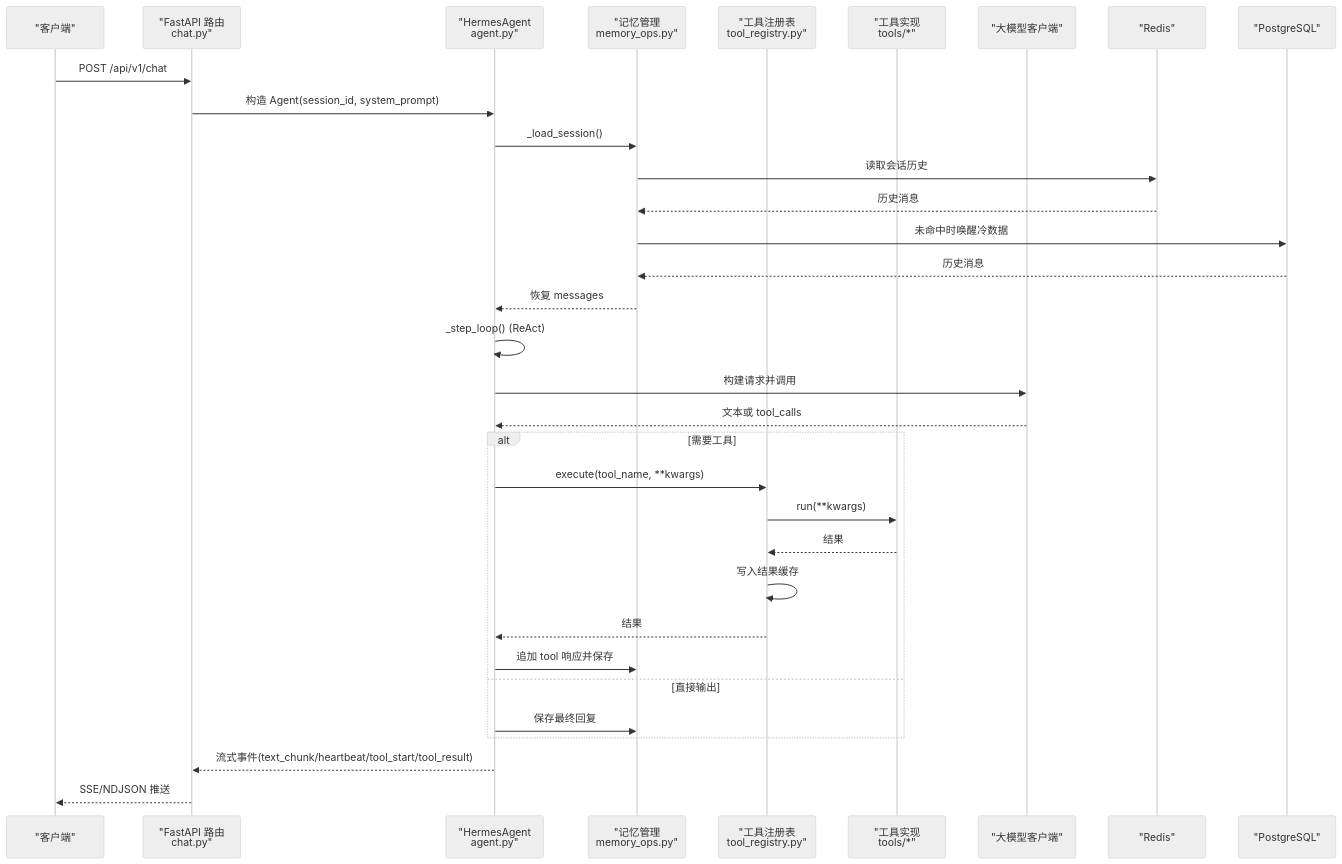
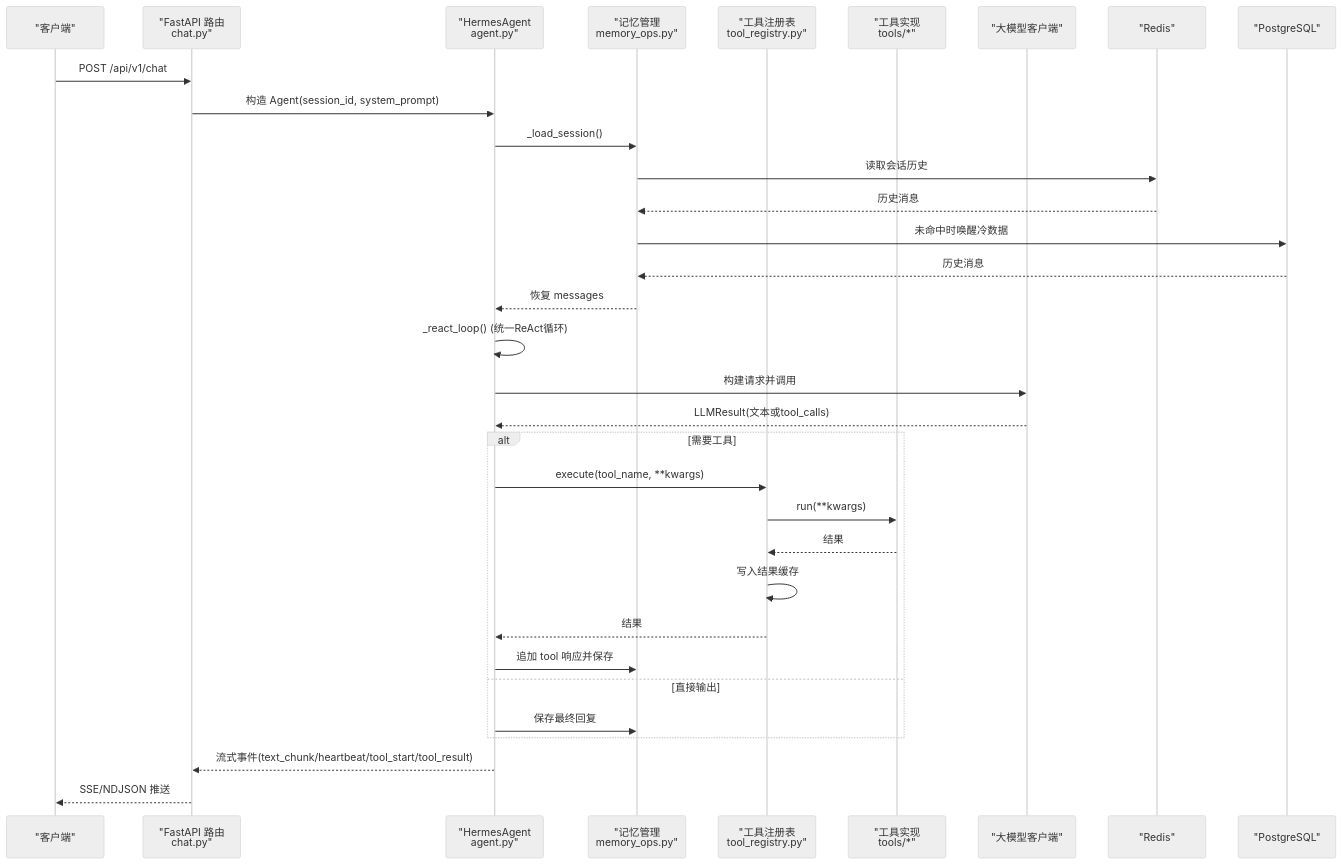
Before and after one commit to songlinhe5-lab/quant_agent: the second of 6 diagrams in .qoder/repowiki/zh/content/AI智能代理系统/Hermes Agent架构设计.md, drawn with Mermaid (neutral theme). The commit also changed other lines of this file and 296 other files, not shown here.

````diff
--- a/.qoder/repowiki/zh/content/AI智能代理系统/Hermes Agent架构设计.md
+++ b/.qoder/repowiki/zh/content/AI智能代理系统/Hermes Agent架构设计.md
@@ -111,35 +126,35 @@
 ```mermaid
 sequenceDiagram
 participant Client as "客户端"
 participant Router as "FastAPI 路由<br/>chat.py"
 participant Agent as "HermesAgent<br/>agent.py"
 participant Memory as "记忆管理<br/>memory_ops.py"
 participant Registry as "工具注册表<br/>tool_registry.py"
 participant Tools as "工具实现<br/>tools/*"
 participant LLM as "大模型客户端"
 participant Redis as "Redis"
 participant DB as "PostgreSQL"
 Client->>Router : POST /api/v1/chat
 Router->>Agent : 构造 Agent(session_id, system_prompt)
 Agent->>Memory : _load_session()
 Memory->>Redis : 读取会话历史
 Redis-->>Memory : 历史消息
 Memory->>DB : 未命中时唤醒冷数据
 DB-->>Memory : 历史消息
 Memory-->>Agent : 恢复 messages
-Agent->>Agent : _step_loop() (ReAct)
+Agent->>Agent : _react_loop() (统一ReAct循环)
 Agent->>LLM : 构建请求并调用
-LLM-->>Agent : 文本或 tool_calls
+LLM-->>Agent : LLMResult(文本或tool_calls)
 alt 需要工具
 Agent->>Registry : execute(tool_name, **kwargs)
 Registry->>Tools : run(**kwargs)
 Tools-->>Registry : 结果
 Registry->>Registry : 写入结果缓存
 Registry-->>Agent : 结果
 Agent->>Memory : 追加 tool 响应并保存
 else 直接输出
 Agent->>Memory : 保存最终回复
 end
 Agent-->>Router : 流式事件(text_chunk/heartbeat/tool_start/tool_result)
 Router-->>Client : SSE/NDJSON 推送
 ```
````
